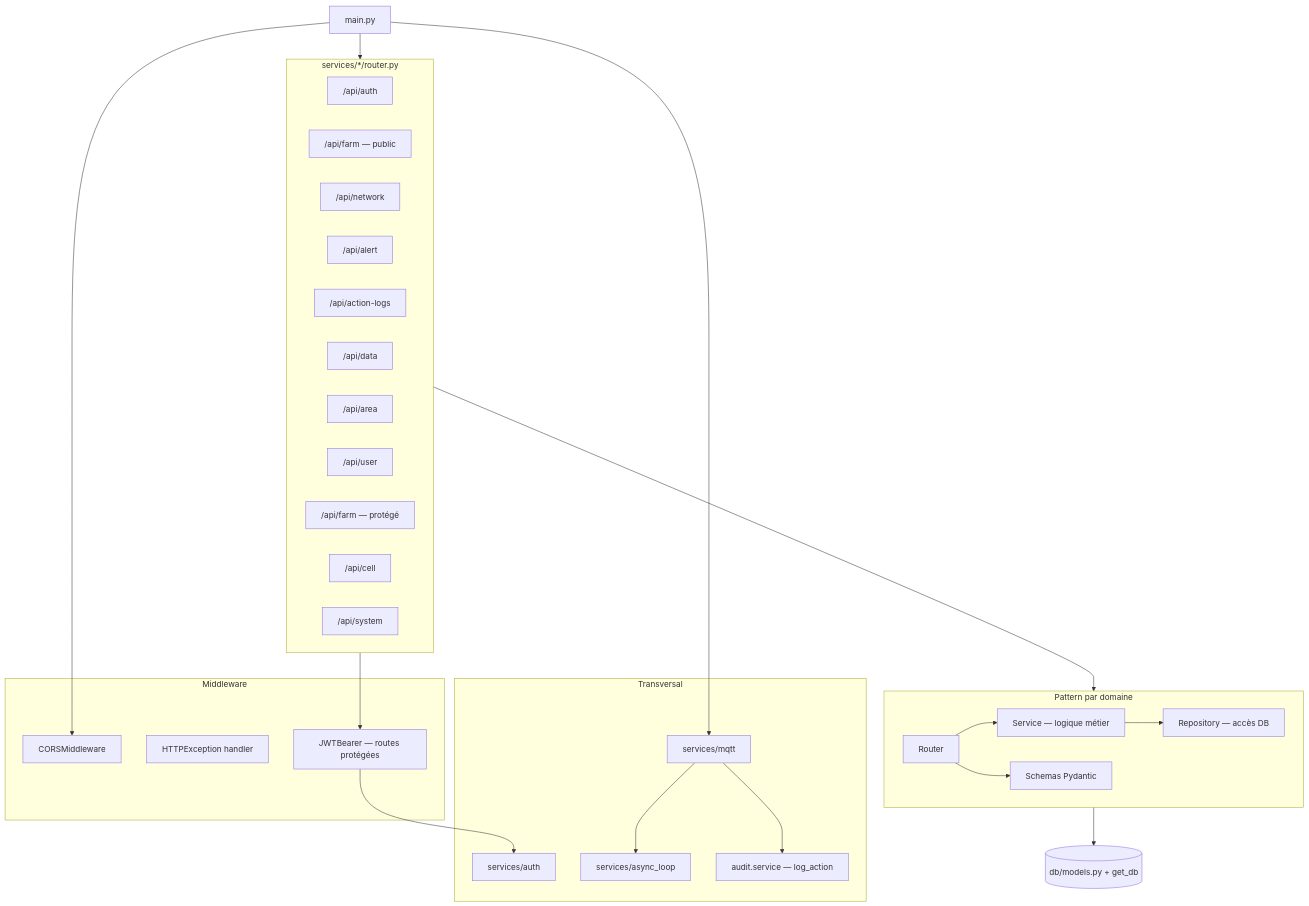
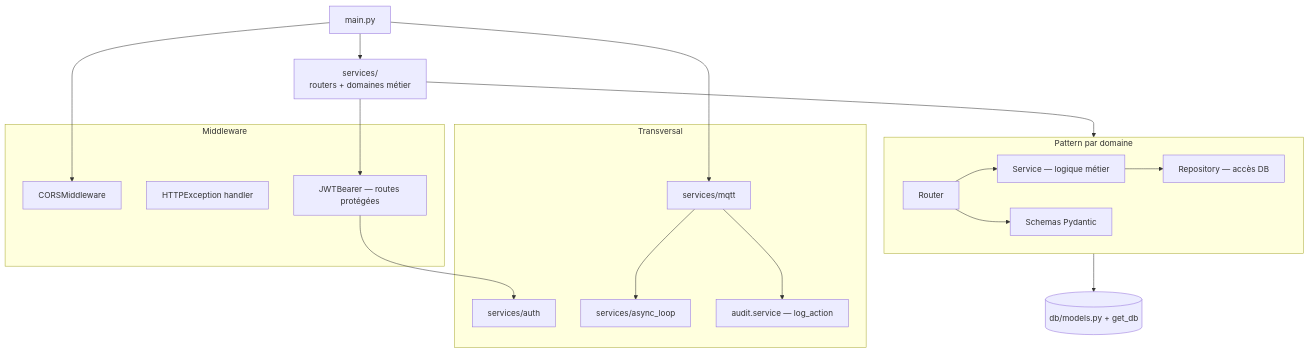
Before and after one commit to JardinConnect/GardenBack: the diagram in doc/architecture/application.md, drawn with Mermaid. The commit also changed other lines of this file, not shown here.

Commit message:
feat: better doc

````diff
--- a/doc/architecture/application.md
+++ b/doc/architecture/application.md
@@ -5,50 +5,38 @@
 ```mermaid
 flowchart TB
     MAIN[main.py]
 
     subgraph Middleware
         CORS[CORSMiddleware]
         ERR[HTTPException handler]
         JWT[JWTBearer — routes protégées]
     end
 
-    subgraph Routers["services/*/router.py"]
-        AUTH["/api/auth"]
-        FARM_PUB["/api/farm — public"]
-        NET["/api/network"]
-        ALERT["/api/alert"]
-        AUDIT["/api/action-logs"]
-        DATA["/api/data"]
-        AREA["/api/area"]
-        USER["/api/user"]
-        FARM["/api/farm — protégé"]
-        CELL["/api/cell"]
-        SYS["/api/system"]
-    end
+    SERVICES[services/<br/>routers + domaines métier]
 
     subgraph Layers["Pattern par domaine"]
         R[Router]
         S[Service — logique métier]
         REPO[Repository — accès DB]
         SCH[Schemas Pydantic]
         R --> S --> REPO
         R --> SCH
     end
 
     subgraph CrossCutting["Transversal"]
         AUTH_MOD[services/auth]
         MQTT_MOD[services/mqtt]
         ASYNC[services/async_loop]
         AUDIT_SVC[audit.service — log_action]
     end
 
     MAIN --> CORS
-    MAIN --> Routers
-    Routers --> Layers
-    Routers --> JWT
+    MAIN --> SERVICES
+    SERVICES --> Layers
+    SERVICES --> JWT
     JWT --> AUTH_MOD
     Layers --> DB[(db/models.py + get_db)]
     MAIN --> MQTT_MOD
     MQTT_MOD --> ASYNC
     MQTT_MOD --> AUDIT_SVC
 ```
````
